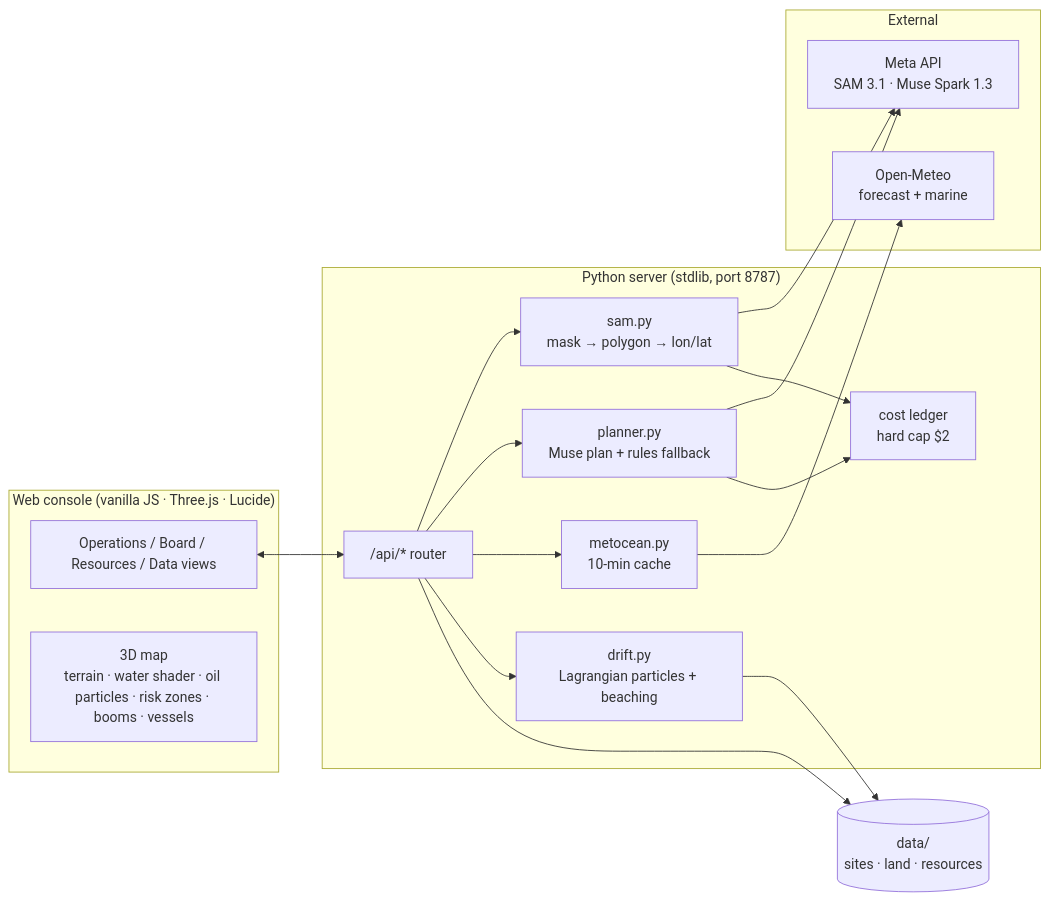
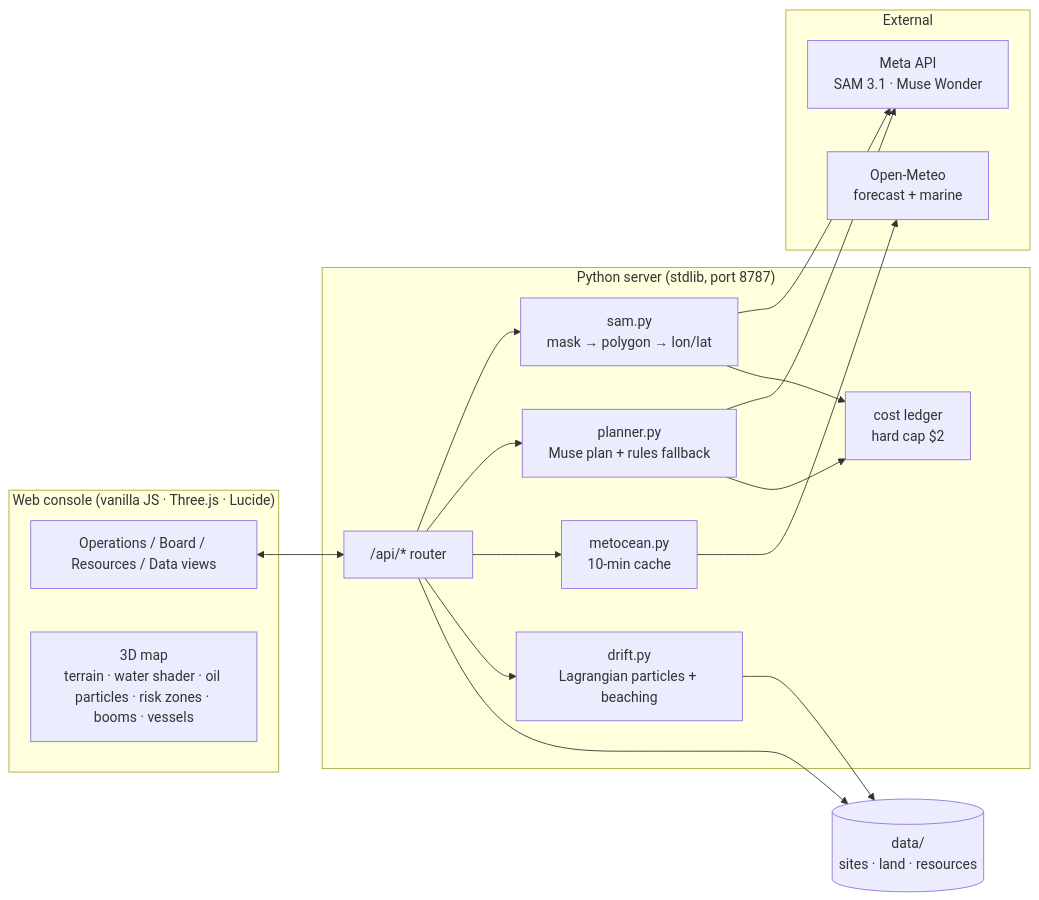
One commit to loyoai/spillsight changed the first of 2 diagrams in README.md. Above: the diagram before and after it, drawn with Mermaid. The commit also changed other lines of this file and 5 other files, not shown here.

Commit message:
Plan with Meta Muse Wonder; preview booms before approval; frame-exact demo recorder

````diff
--- a/README.md
+++ b/README.md
@@ -53,29 +53,29 @@
 ```mermaid
 flowchart LR
   subgraph Browser["Web console (vanilla JS · Three.js · Lucide)"]
     UI["Operations / Board / Resources / Data views"]
     MAP["3D map<br/>terrain · water shader · oil particles · risk zones · booms · vessels"]
   end
   subgraph Server["Python server (stdlib, port 8787)"]
     API["/api/* router"]
     SAM["sam.py<br/>mask → polygon → lon/lat"]
     DRIFT["drift.py<br/>Lagrangian particles + beaching"]
     MET["metocean.py<br/>10-min cache"]
     PLAN["planner.py<br/>Muse plan + rules fallback"]
     LEDGER["cost ledger<br/>hard cap $2"]
   end
   subgraph External
-    META["Meta API<br/>SAM 3.1 · Muse Spark 1.3"]
+    META["Meta API<br/>SAM 3.1 · Muse Wonder"]
     OM["Open-Meteo<br/>forecast + marine"]
   end
   DATA[("data/<br/>sites · land · resources")]
   UI <--> API
   API --> SAM --> META
   API --> PLAN --> META
   API --> MET --> OM
   API --> DRIFT
   DRIFT --> DATA
   PLAN --> LEDGER
   SAM --> LEDGER
   API --> DATA
 ```
````
